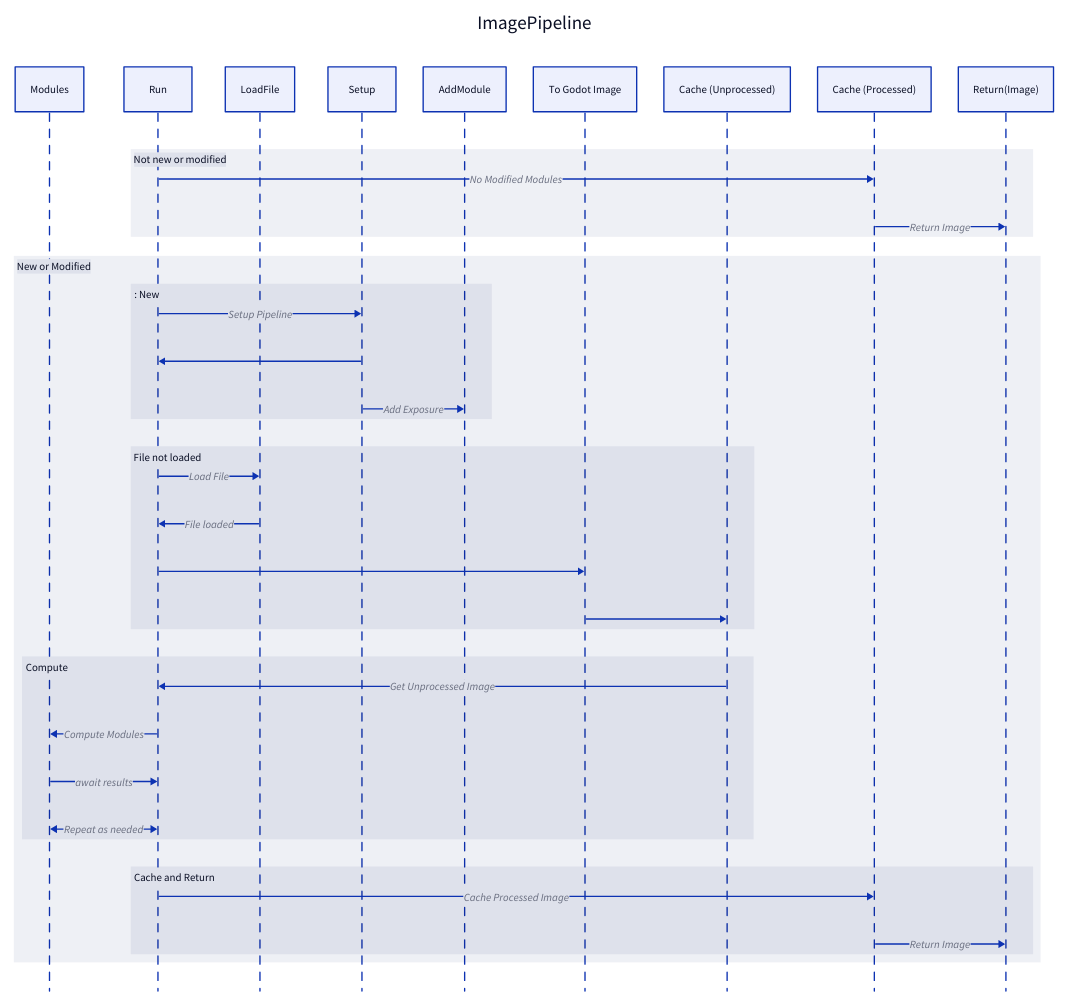
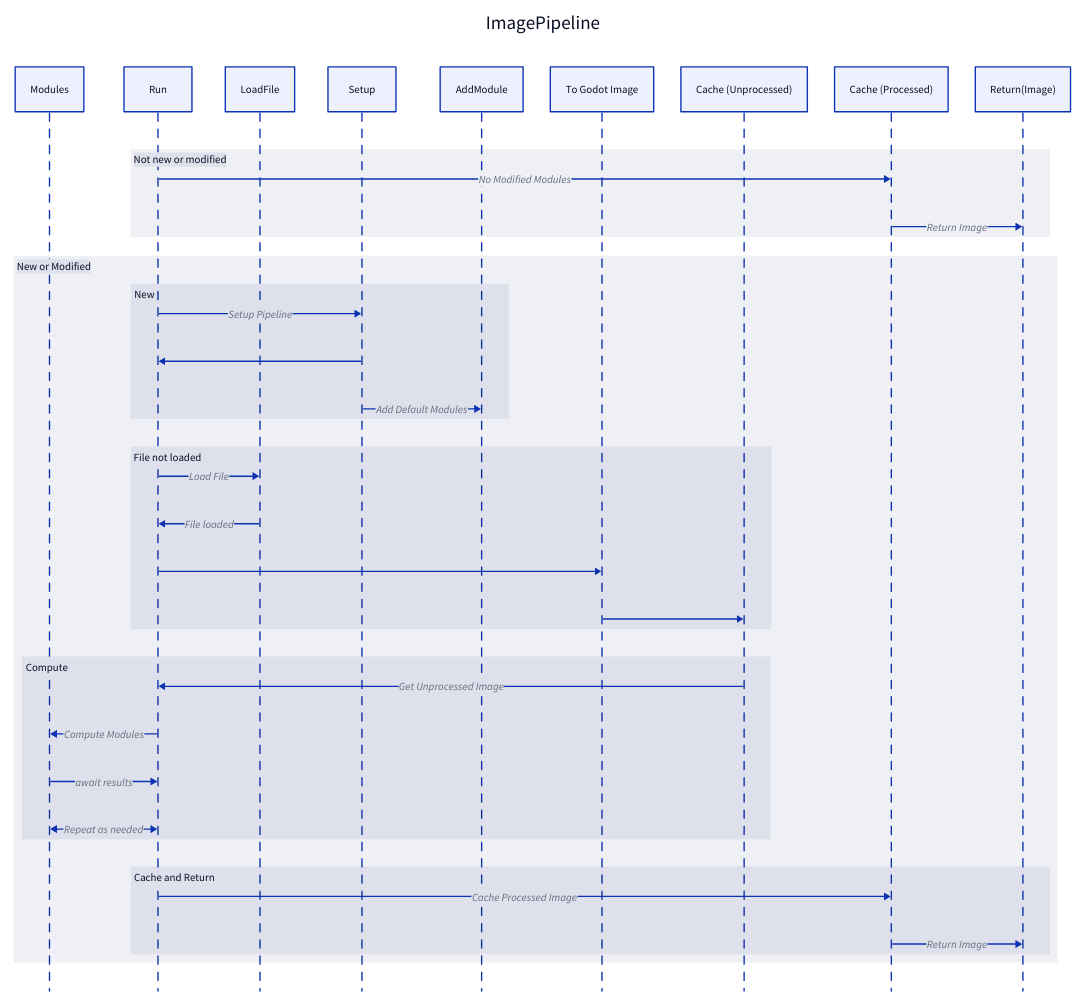
One commit to ChrisAbra/filmscanner-userinterface changed the diagram in docs/diagrams/d2/ImagePipelineSequence.d2. Above: the diagram before and after it, drawn with D2. The commit also changed 5 other files, not shown here.

```diff
--- a/docs/diagrams/d2/ImagePipelineSequence.d2
+++ b/docs/diagrams/d2/ImagePipelineSequence.d2
@@ -1,44 +1,44 @@
 ImagePipeline: {
   shape: sequence_diagram
   Modules
   Run
   LoadFile
   Setup
   AddModule
   ConvertToGodotImage: To Godot Image
   CachedUnprocessedImage: Cache (Unprocessed)
   CachedProcessedImage: Cache (Processed)
   ReturnImage: Return(Image)
 
   NotNewOrModified: Not new or modified {
     Run -> CachedProcessedImage: No Modified Modules
     CachedProcessedImage -> ReturnImage: Return Image
   }
 
   NewOrModified: New or Modified {
-    Uninitalised?: : New {
+    Uninitalised?: New {
       Run -> Setup: Setup Pipeline
       Setup -> Run
-      Setup -> AddModule: Add Exposure
+      Setup -> AddModule: Add Default Modules
     }
 
     FileNotLoaded: File not loaded {
       Run -> LoadFile: Load File
       LoadFile -> Run: File loaded
       Run -> ConvertToGodotImage
       ConvertToGodotImage -> CachedUnprocessedImage
     }
 
     Compute: Compute {
       Run <- CachedUnprocessedImage: Get Unprocessed Image
       Run -> Modules: Compute Modules
       Modules -> Run: await results
       Run <-> Modules: Repeat as needed
     }
 
     CacheAndReturn: Cache and Return {
       Run -> CachedProcessedImage: Cache Processed Image
       CachedProcessedImage -> ReturnImage: Return Image
     }
   }
 }
```
